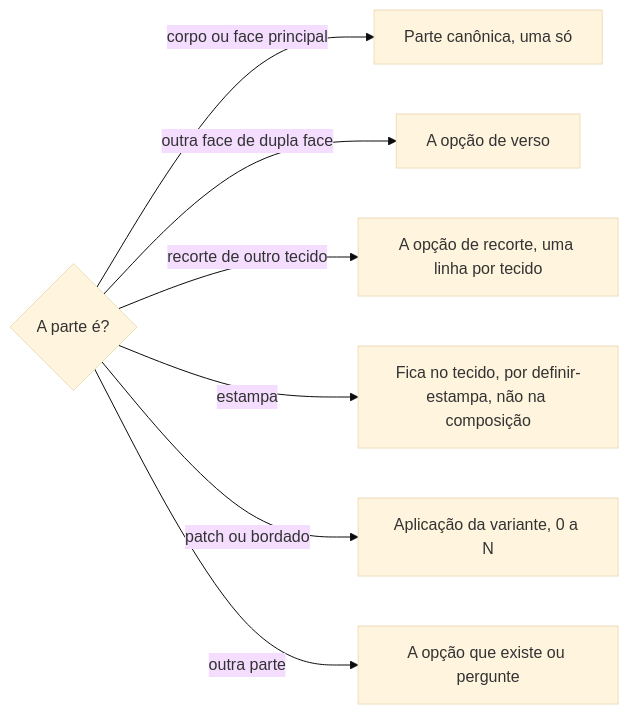
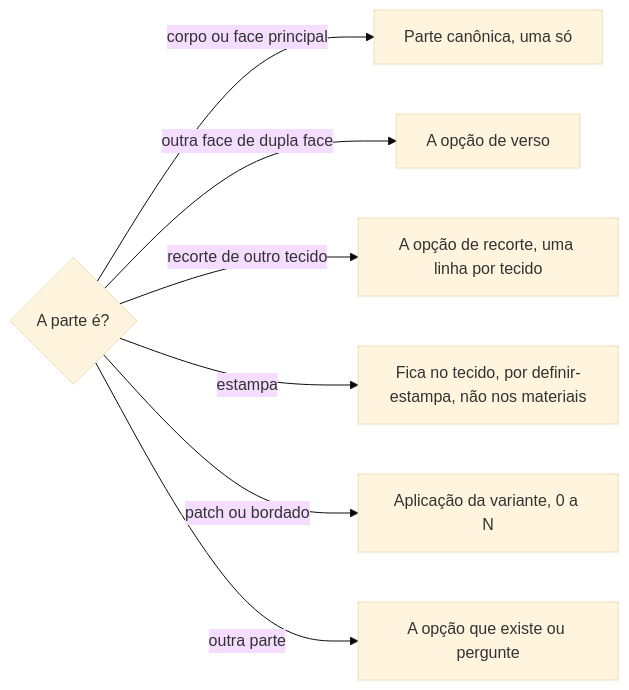
One commit to jimmyandrade/harness changed the diagram in .agents/skills/definir-composicao-textil/SKILL.md. Above: the diagram before and after it, drawn with Mermaid (base theme). The commit also changed other lines of this file and 3 other files, not shown here.

````diff
--- a/.agents/skills/definir-composicao-textil/SKILL.md
+++ b/.agents/skills/definir-composicao-textil/SKILL.md
@@ -51,9 +51,9 @@
 ```mermaid
 flowchart LR
   Q{A parte é?} -->|corpo ou face principal| F[Parte canônica, uma só]
   Q -->|outra face de dupla face| V[A opção de verso]
   Q -->|recorte de outro tecido| P[A opção de recorte, uma linha por tecido]
-  Q -->|estampa| E[Fica no tecido, por definir-estampa, não na composição]
+  Q -->|estampa| E[Fica no tecido, por definir-estampa, não nos materiais]
   Q -->|patch ou bordado| A[Aplicação da variante, 0 a N]
   Q -->|outra parte| O[A opção que existe ou pergunte]
 ```
````
